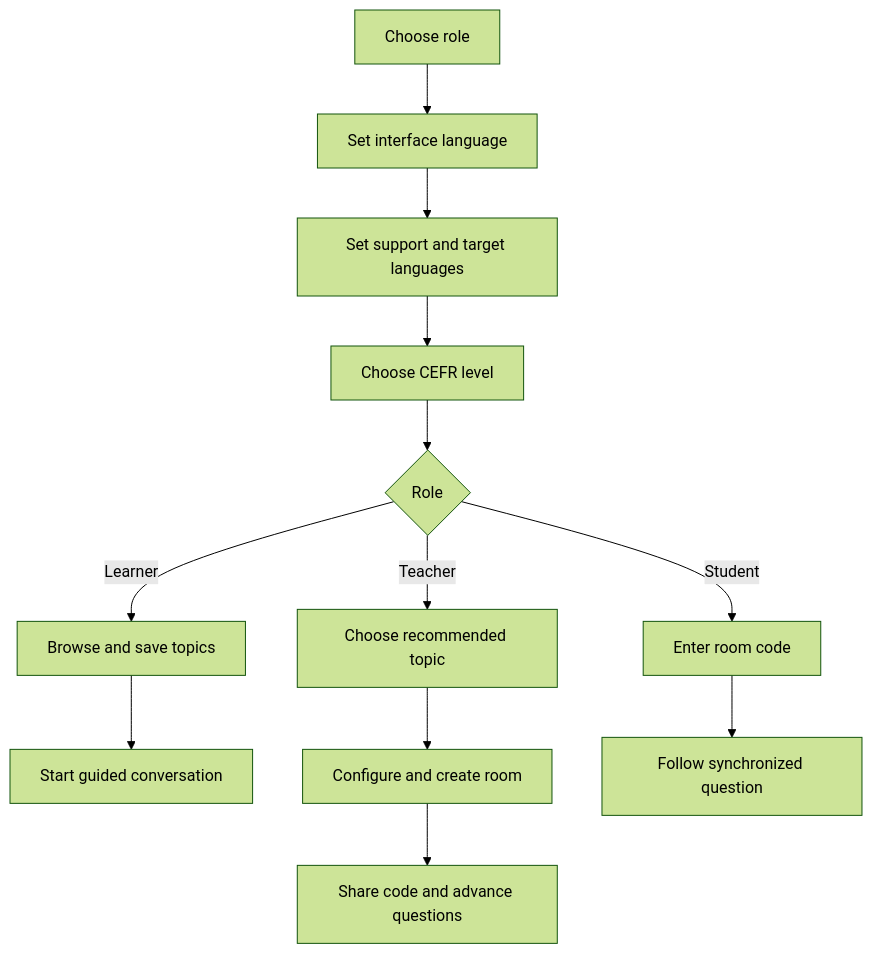
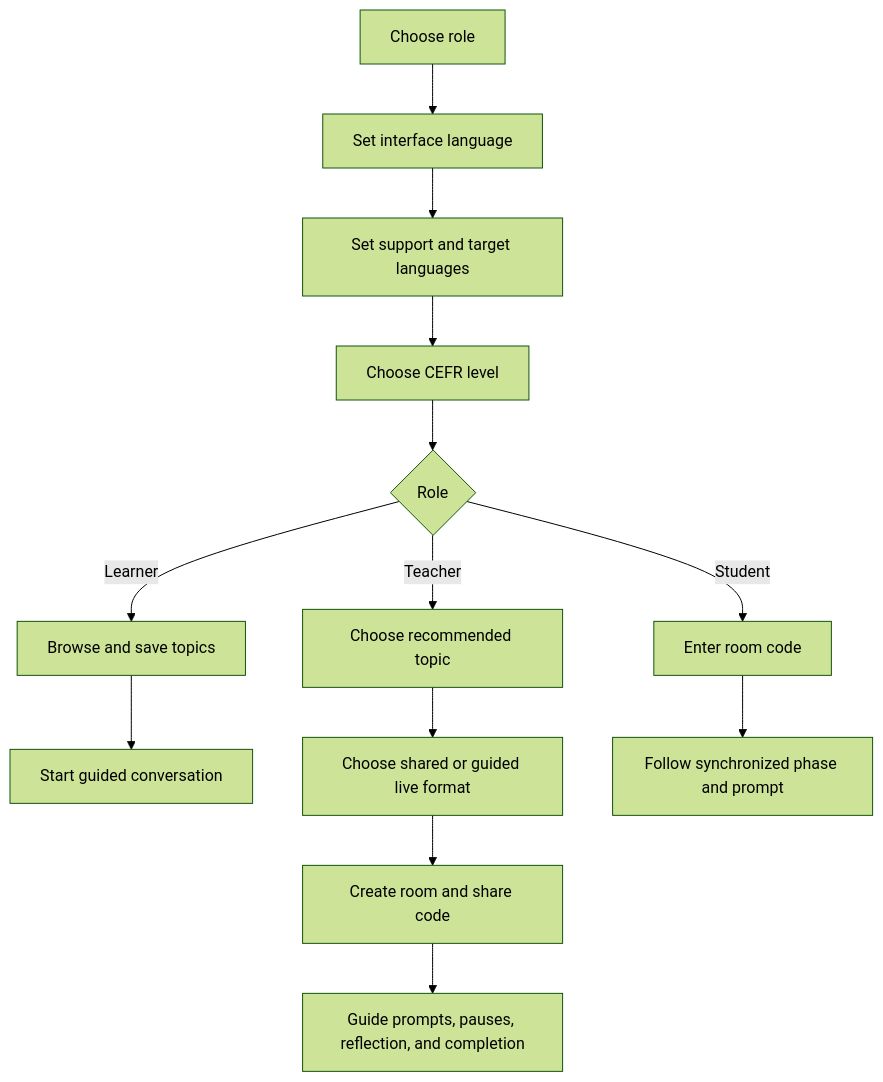
Before and after one commit to RobTar97/linguaflow: the diagram in docs/PRODUCT.md, drawn with Mermaid (forest theme). The commit also changed other lines of this file and 82 other files, not shown here.

````diff
--- a/docs/PRODUCT.md
+++ b/docs/PRODUCT.md
@@ -28,14 +28,15 @@
 ```mermaid
 flowchart TD
   A[Choose role] --> B[Set interface language]
   B --> C[Set support and target languages]
   C --> D[Choose CEFR level]
   D --> E{Role}
   E -->|Learner| F[Browse and save topics]
   F --> G[Start guided conversation]
   E -->|Teacher| H[Choose recommended topic]
-  H --> I[Configure and create room]
-  I --> J[Share code and advance questions]
+  H --> I[Choose shared or guided live format]
+  I --> J[Create room and share code]
+  J --> M[Guide prompts, pauses, reflection, and completion]
   E -->|Student| K[Enter room code]
-  K --> L[Follow synchronized question]
+  K --> L[Follow synchronized phase and prompt]
 ```
````
